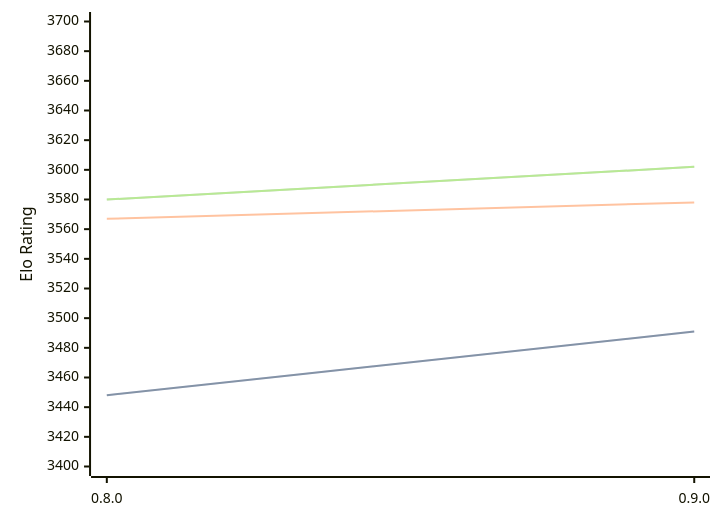
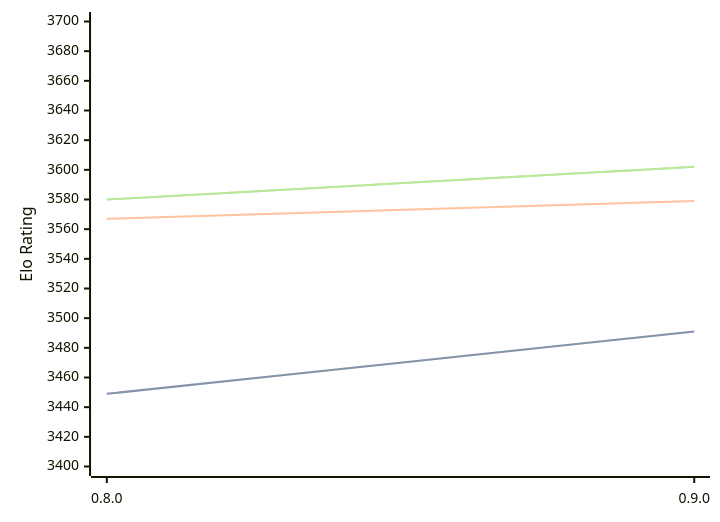
One commit to computer-chess-index/cci changed the diagram in engines/Reckless.md. Above: the diagram before and after it, drawn with Mermaid. The commit also changed other lines of this file, not shown here.

````diff
--- a/engines/Reckless.md
+++ b/engines/Reckless.md
@@ -32,11 +32,11 @@
 ```mermaid
 %%{init: {"theme":"base","themeVariables":{"seriesColors:['#a3a3a3','#222221','#faa371']}}}%%
 xychart-beta
   x-axis ["0.8.0", "0.9.0"]
   y-axis "Elo Rating" 3400 --> 3700
-  line "" [3448, 3491]
-  line "STC (8.0+0.08s)" [3448, 3491]
-  line "LTC (60.0+0.60s)" [3567, 3578]
+  line "" [3449, 3491]
+  line "STC (8.0+0.08s)" [3449, 3491]
+  line "LTC (60.0+0.60s)" [3567, 3579]
   line "" [3580, 3602]
   line "VLTC (2m24s+1.12s)" [3580, 3602]
 ```
````
